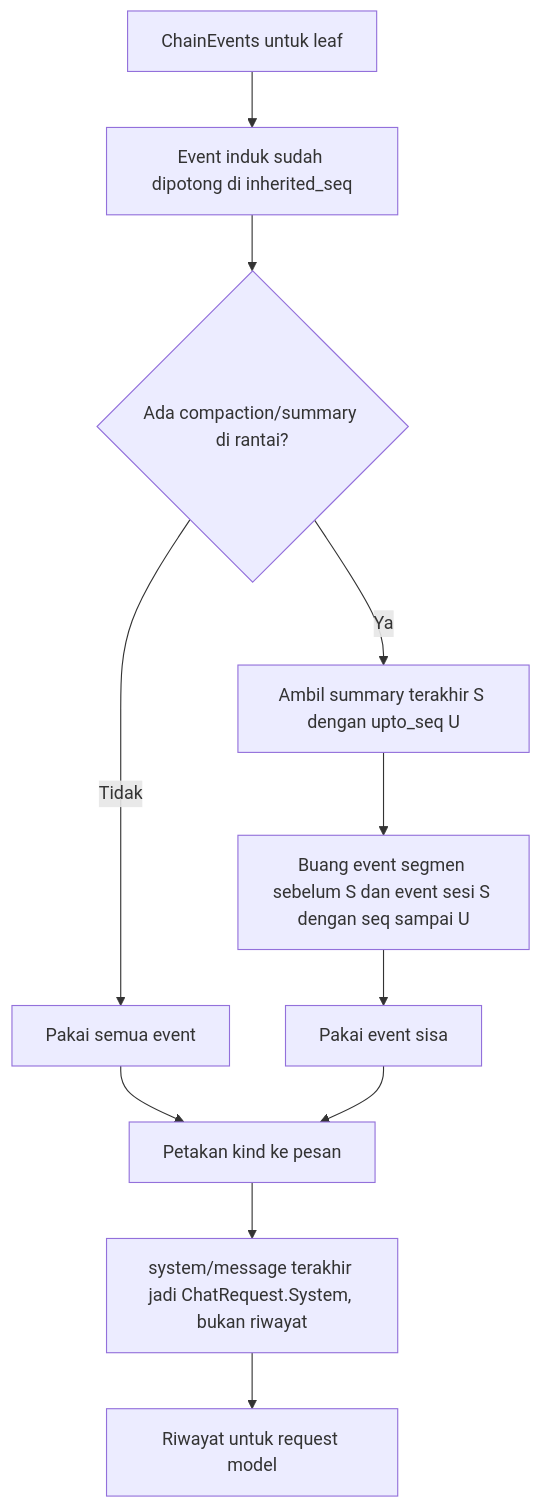
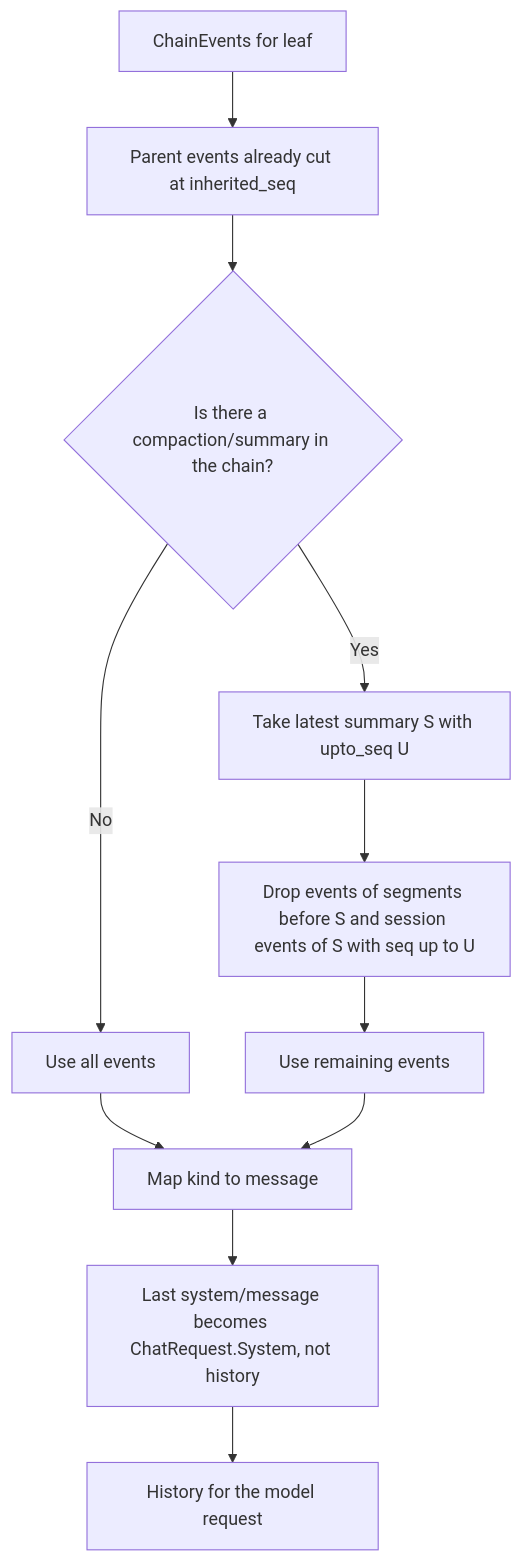
One commit to ridhomujizat/lana-harness changed the fourth of 6 diagrams in docs/specs/4-session-permission/design.md. Above: the diagram before and after it, drawn with Mermaid. The commit also changed other lines of this file and 172 other files, not shown here.

````diff
--- a/docs/specs/4-session-permission/design.md
+++ b/docs/specs/4-session-permission/design.md
@@ -98,13 +98,13 @@
 ```mermaid
 flowchart TD
-  A["ChainEvents untuk leaf"] --> B["Event induk sudah dipotong di inherited_seq"]
-  B --> C{"Ada compaction/summary di rantai?"}
-  C -- "Tidak" --> D["Pakai semua event"]
-  C -- "Ya" --> E["Ambil summary terakhir S dengan upto_seq U"]
-  E --> F["Buang event segmen sebelum S dan event sesi S dengan seq sampai U"]
-  F --> G["Pakai event sisa"]
-  D --> H["Petakan kind ke pesan"]
+  A["ChainEvents for leaf"] --> B["Parent events already cut at inherited_seq"]
+  B --> C{"Is there a compaction/summary in the chain?"}
+  C -- "No" --> D["Use all events"]
+  C -- "Yes" --> E["Take latest summary S with upto_seq U"]
+  E --> F["Drop events of segments before S and session events of S with seq up to U"]
+  F --> G["Use remaining events"]
+  D --> H["Map kind to message"]
   G --> H
-  H --> I["system/message terakhir jadi ChatRequest.System, bukan riwayat"]
-  I --> J["Riwayat untuk request model"]
+  H --> I["Last system/message becomes ChatRequest.System, not history"]
+  I --> J["History for the model request"]
 ```
````
